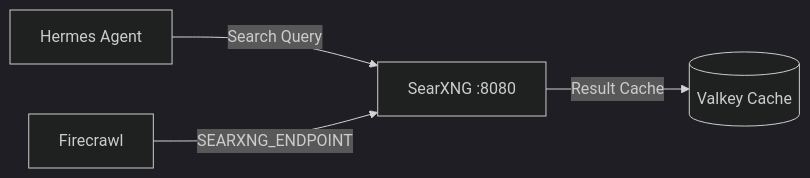
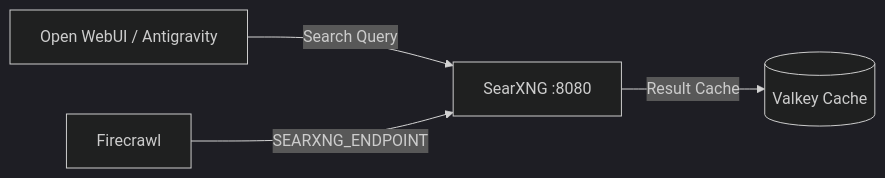
Before and after one commit to jamesbspencer/homelab: the diagram in docs/searxng.md, drawn with Mermaid (dark theme). The commit also changed other lines of this file and 33 other files, not shown here.

````diff
--- a/docs/searxng.md
+++ b/docs/searxng.md
@@ -17,6 +17,6 @@
 ```mermaid
 graph LR
-    Hermes[Hermes Agent] -->|Search Query| SearXNG[SearXNG :8080]
+    Clients[Open WebUI / Antigravity] -->|Search Query| SearXNG[SearXNG :8080]
     Firecrawl[Firecrawl] -->|SEARXNG_ENDPOINT| SearXNG
     SearXNG -->|Result Cache| Valkey[(Valkey Cache)]
 ```
````
